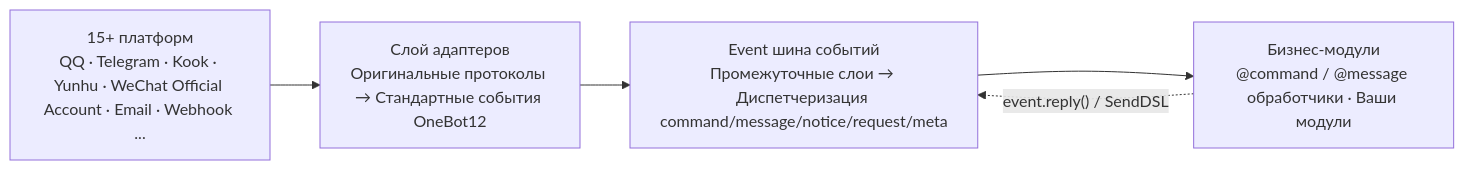
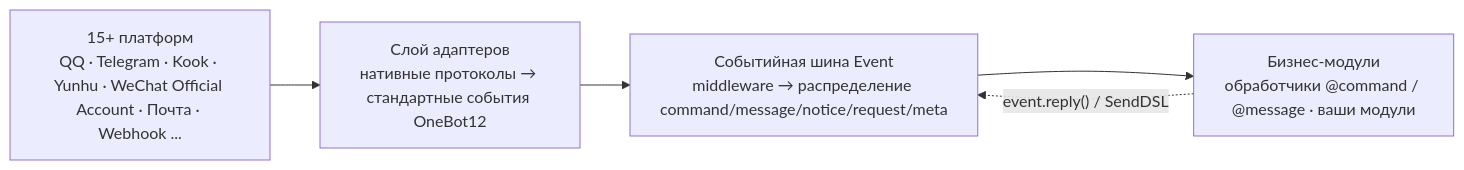
Before and after one commit to ErisPulse/ErisPulse: the first of 2 diagrams in README.ru.md, drawn with Mermaid. The commit also changed other lines of this file and 98 other files, not shown here.

````diff
--- a/README.ru.md
+++ b/README.ru.md
@@ -110,9 +111,9 @@
 ```mermaid
 graph LR
-    P["15+ платформ<br/>QQ · Telegram · Kook · Yunhu · WeChat Official Account · Email · Webhook ..."]
-    A["Слой адаптеров<br/>Оригинальные протоколы → Стандартные события OneBot12"]
-    Event["Event шина событий<br/>Промежуточные слои → Диспетчеризация command/message/notice/request/meta"]
-    M["Бизнес-модули<br/>@command / @message обработчики · Ваши модули"]
+    P["15+ платформ<br/>QQ · Telegram · Kook · Yunhu · WeChat Official Account · Почта · Webhook ..."]
+    A["Слой адаптеров<br/>нативные протоколы → стандартные события OneBot12"]
+    Event["Событийная шина Event<br/>middleware → распределение command/message/notice/request/meta"]
+    M["Бизнес-модули<br/>обработчики @command / @message · ваши модули"]
     P --> A --> Event --> M
     M -.->|"event.reply() / SendDSL"| Event
 ```
````
